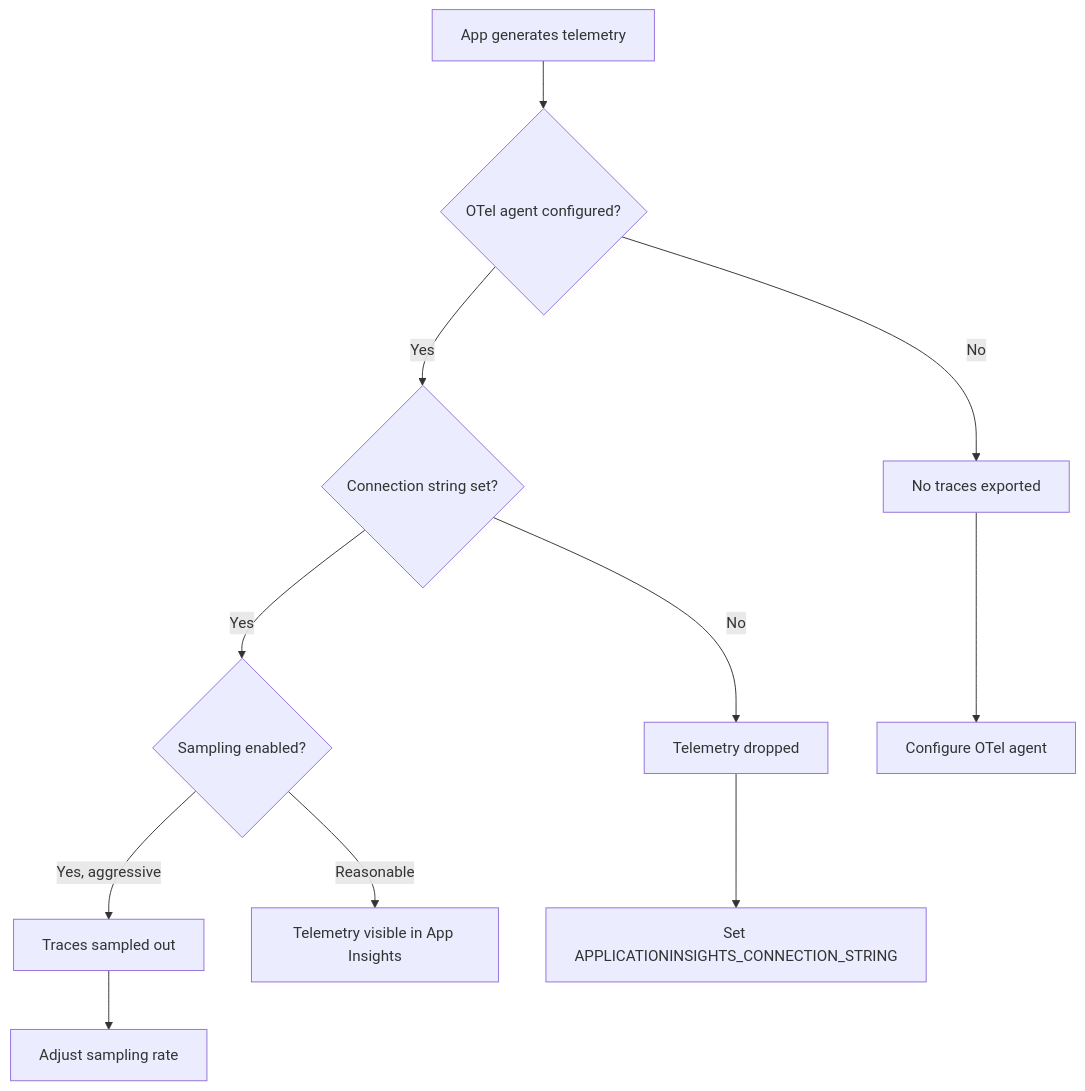
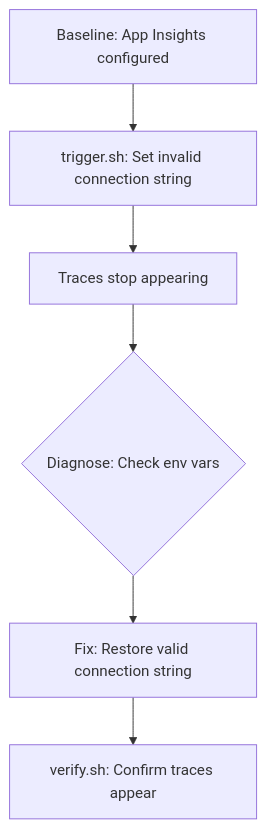
One commit to yeongseon/azure-container-apps-practical-guide changed the diagram in docs/troubleshooting/lab-guides/observability-tracing.md. Above: the diagram before and after it, drawn with Mermaid. The commit also changed other lines of this file and 12 other files, not shown here.

````diff
--- a/docs/troubleshooting/lab-guides/observability-tracing.md
+++ b/docs/troubleshooting/lab-guides/observability-tracing.md
@@ -49,13 +52,8 @@
 ```mermaid
 flowchart TD
-    A[App generates telemetry] --> B{OTel agent configured?}
-    B -->|No| C[No traces exported]
-    B -->|Yes| D{Connection string set?}
-    D -->|No| E[Telemetry dropped]
-    D -->|Yes| F{Sampling enabled?}
-    F -->|Yes, aggressive| G[Traces sampled out]
-    F -->|Reasonable| H[Telemetry visible in App Insights]
-    C --> I[Configure OTel agent]
-    E --> J[Set APPLICATIONINSIGHTS_CONNECTION_STRING]
-    G --> K[Adjust sampling rate]
+    A[Baseline: App Insights configured] --> B[trigger.sh: Set invalid connection string]
+    B --> C[Traces stop appearing]
+    C --> D{Diagnose: Check env vars}
+    D --> E[Fix: Restore valid connection string]
+    E --> F[verify.sh: Confirm traces appear]
 ```
````
